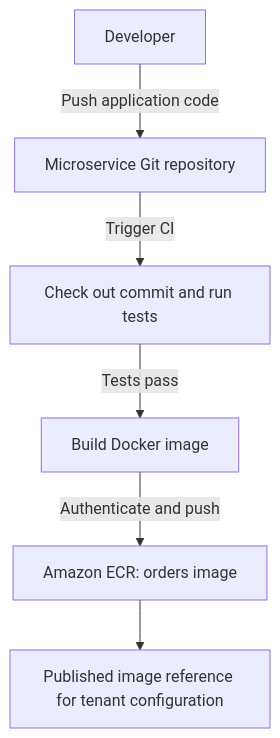
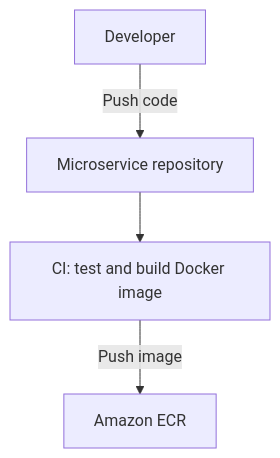
Before and after one commit to vamsee/k8s-hub-spoke: the first of 2 diagrams in docs/deploy.md, drawn with Mermaid. The commit also changed other lines of this file, not shown here.

````diff
--- a/docs/deploy.md
+++ b/docs/deploy.md
@@ -12,8 +13,6 @@
 ```mermaid
 flowchart TB
-    developer["Developer"] -->|Push application code| source["Microservice Git repository"]
-    source -->|Trigger CI| tests["Check out commit and run tests"]
-    tests -->|Tests pass| build["Build Docker image"]
-    build -->|Authenticate and push| ecr["Amazon ECR: orders image"]
-    ecr --> reference["Published image reference for tenant configuration"]
+    developer["Developer"] -->|Push code| git["Microservice repository"]
+    git --> ci["CI: test and build Docker image"]
+    ci -->|Push image| ecr["Amazon ECR"]
 ```
````
